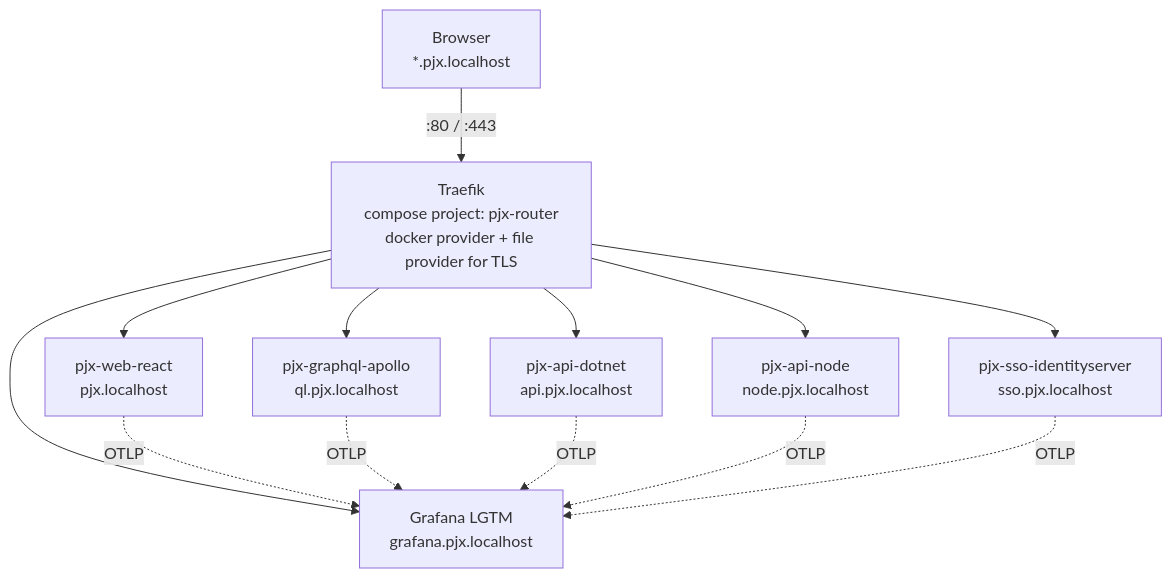
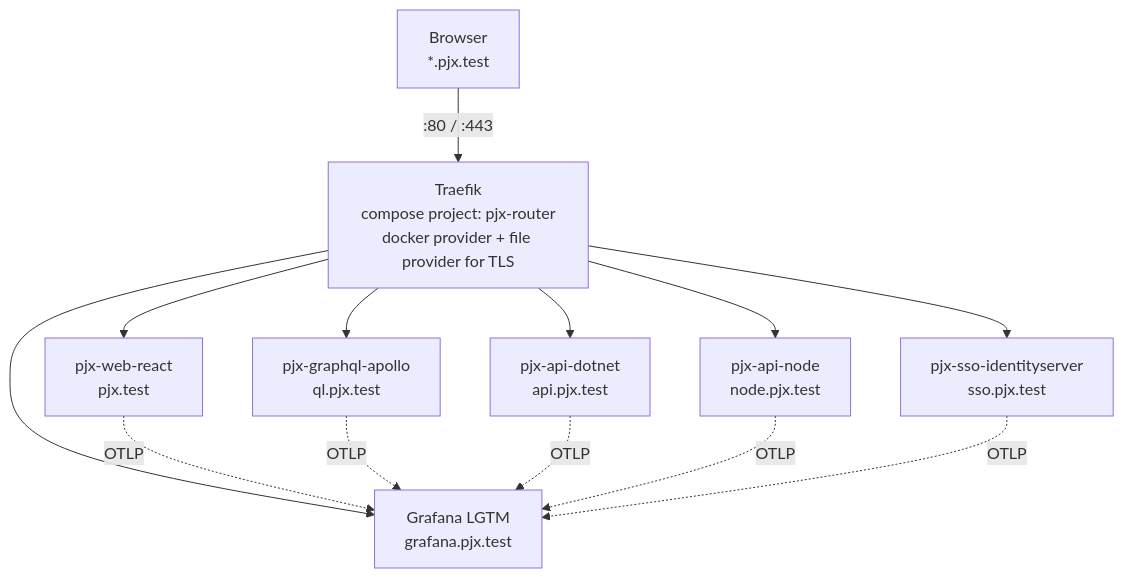
The diagram in docs/architecture-upgrade/README.md (mikelau13/pjx-root), drawn with Mermaid before and after one commit. The commit also changed other lines of this file and 9 other files, not shown here.

First line of the commit message:
docs: switch dev hostnames to .test, document the .localhost trap

````diff
--- a/docs/architecture-upgrade/README.md
+++ b/docs/architecture-upgrade/README.md
@@ -67,15 +67,15 @@
 ```mermaid
 graph TD
-    Browser["Browser<br/>*.pjx.localhost"] -->|":80 / :443"| T["Traefik<br/>compose project: pjx-router<br/>docker provider + file provider for TLS"]
-    T --> W["pjx-web-react<br/>pjx.localhost"]
-    T --> Q["pjx-graphql-apollo<br/>ql.pjx.localhost"]
-    T --> A["pjx-api-dotnet<br/>api.pjx.localhost"]
-    T --> N["pjx-api-node<br/>node.pjx.localhost"]
-    T --> S["pjx-sso-identityserver<br/>sso.pjx.localhost"]
-    T --> G["Grafana LGTM<br/>grafana.pjx.localhost"]
+    Browser["Browser<br/>*.pjx.test"] -->|":80 / :443"| T["Traefik<br/>compose project: pjx-router<br/>docker provider + file provider for TLS"]
+    T --> W["pjx-web-react<br/>pjx.test"]
+    T --> Q["pjx-graphql-apollo<br/>ql.pjx.test"]
+    T --> A["pjx-api-dotnet<br/>api.pjx.test"]
+    T --> N["pjx-api-node<br/>node.pjx.test"]
+    T --> S["pjx-sso-identityserver<br/>sso.pjx.test"]
+    T --> G["Grafana LGTM<br/>grafana.pjx.test"]
     W -.->|OTLP| G
     Q -.->|OTLP| G
     A -.->|OTLP| G
     N -.->|OTLP| G
     S -.->|OTLP| G
 ```
````
